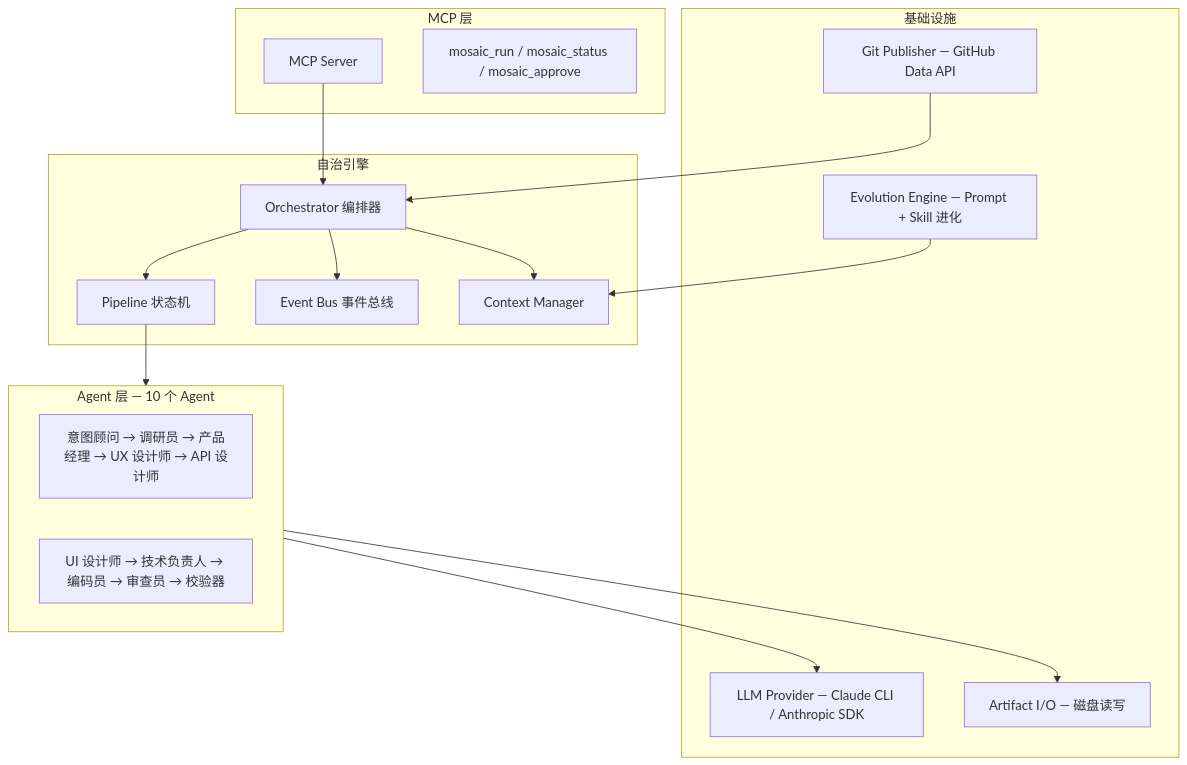
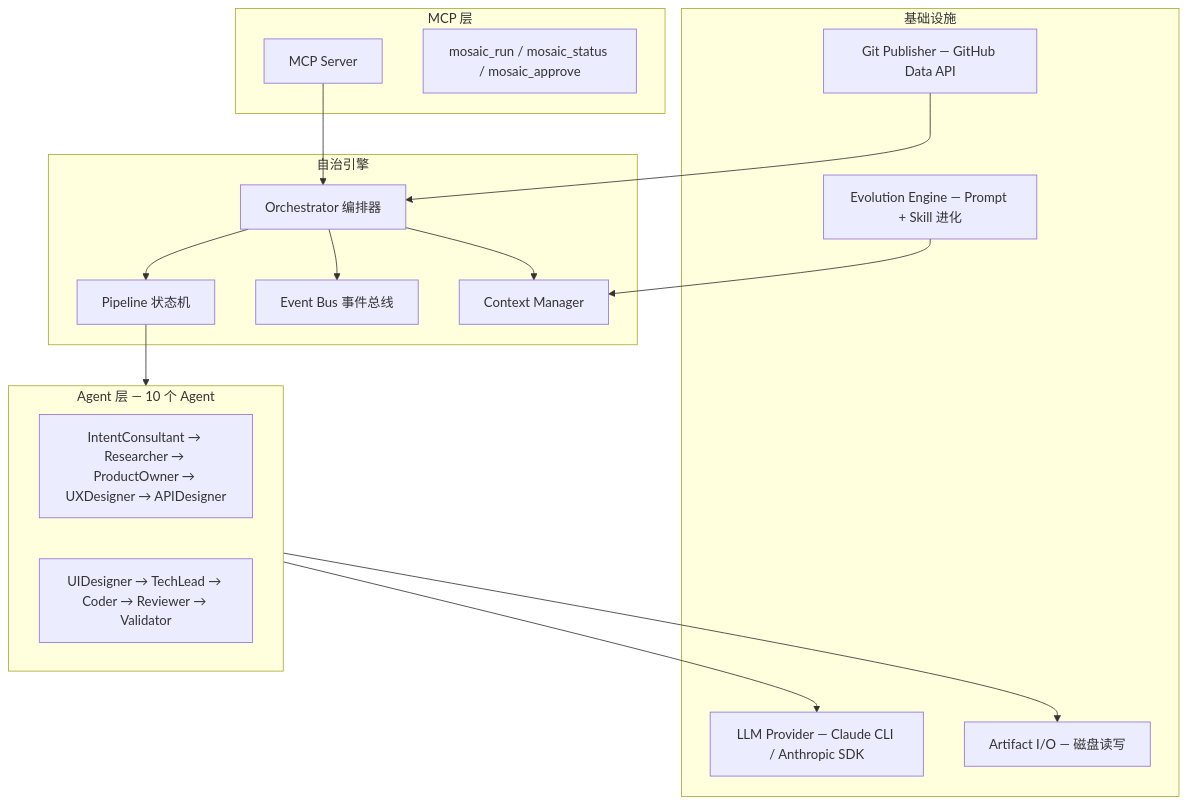
Before and after one commit to ZB-ur/mosaicat: the third of 3 diagrams in README.zh-CN.md, drawn with Mermaid. The commit also changed other lines of this file, not shown here.

First line of the commit message:
fix: Mermaid rendering + keep Agent names in English throughout CN README (#191)

````diff
--- a/README.zh-CN.md
+++ b/README.zh-CN.md
@@ -308,37 +308,37 @@
 ```mermaid
 graph TB
     subgraph MCP["MCP 层"]
         MCPServer["MCP Server"]
         MCPTools["mosaic_run / mosaic_status / mosaic_approve"]
     end
 
     subgraph Engine["自治引擎"]
         Orch["Orchestrator 编排器"]
         Pipeline["Pipeline 状态机"]
         EventBus["Event Bus 事件总线"]
         CtxMgr["Context Manager"]
     end
 
     subgraph Agents["Agent 层 — 10 个 Agent"]
         direction LR
-        A1["意图顾问 → 调研员 → 产品经理 → UX 设计师 → API 设计师"]
-        A2["UI 设计师 → 技术负责人 → 编码员 → 审查员 → 校验器"]
+        A1["IntentConsultant → Researcher → ProductOwner → UXDesigner → APIDesigner"]
+        A2["UIDesigner → TechLead → Coder → Reviewer → Validator"]
     end
 
     subgraph Infra["基础设施"]
         Provider["LLM Provider — Claude CLI / Anthropic SDK"]
         Git["Git Publisher — GitHub Data API"]
         Artifacts["Artifact I/O — 磁盘读写"]
         Evolution["Evolution Engine — Prompt + Skill 进化"]
     end
 
     MCPServer --> Orch
     Orch --> Pipeline
     Orch --> EventBus
     Orch --> CtxMgr
     Pipeline --> Agents
     Agents --> Provider
     Agents --> Artifacts
     Git --> Orch
     Evolution --> CtxMgr
 ```
````
